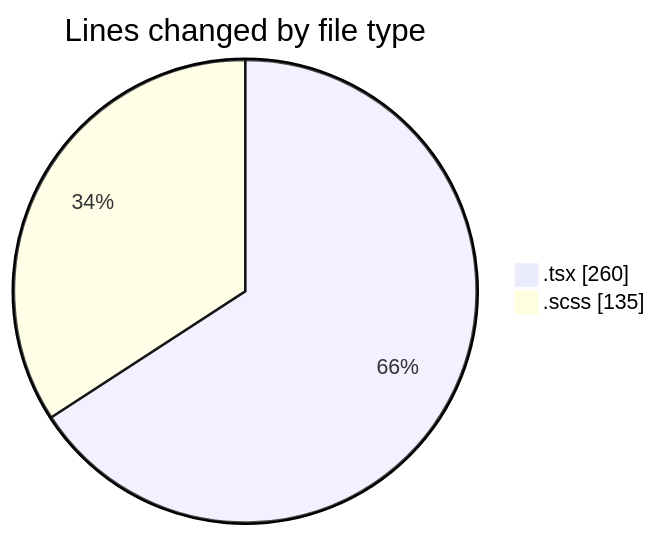
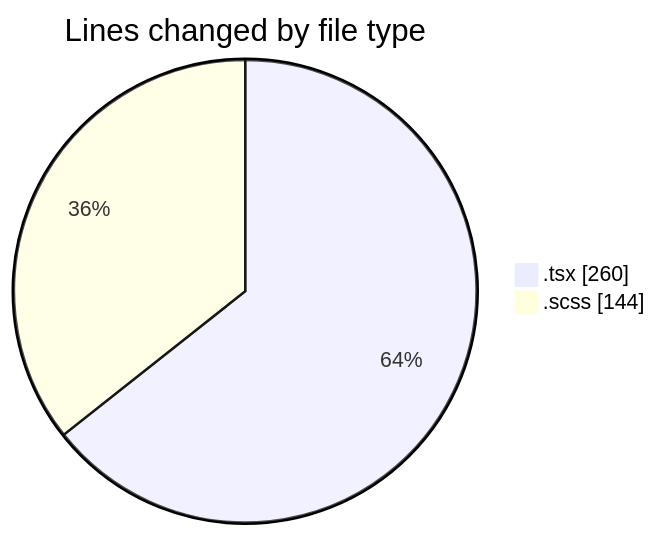
The first of 2 diagrams in 2026-04-10/cda/README.md (momahboobian/code-tracking), drawn with Mermaid before and after one commit. The commit also changed other lines of this file and 1 other file, not shown here.

````diff
--- a/2026-04-10/cda/README.md
+++ b/2026-04-10/cda/README.md
@@ -22,6 +22,6 @@
 ```mermaid
 pie showData
 title Lines changed by file type
 ".tsx" : 260
-".scss" : 135
+".scss" : 144
 ```
````
